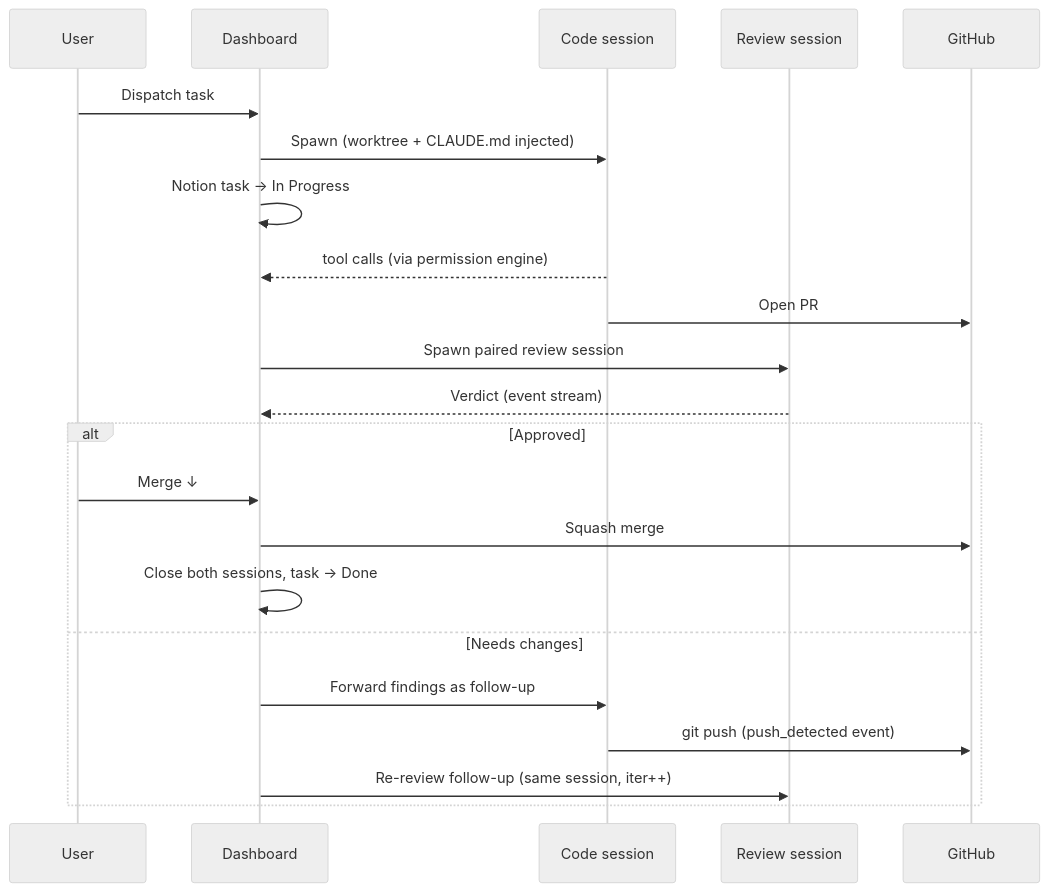
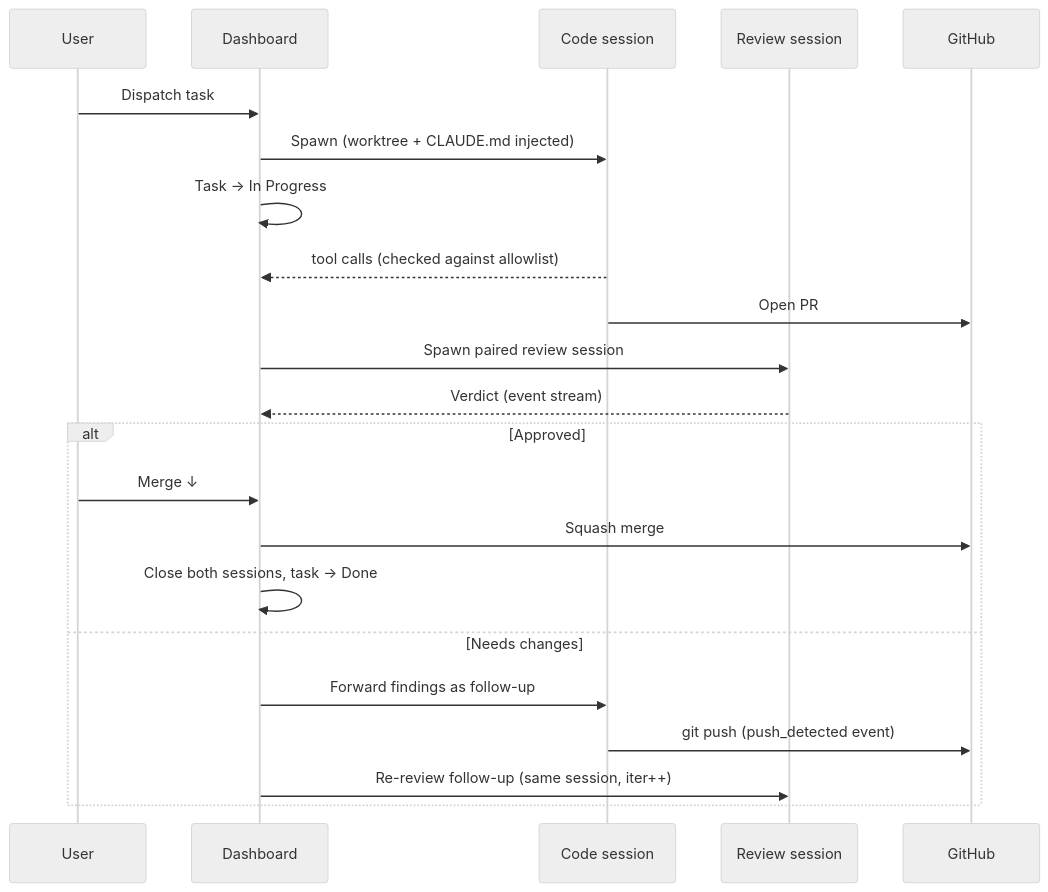
The diagram in README.md (phahadek/claude-orchestrator), drawn with Mermaid (neutral theme) before and after one commit. The commit also changed other lines of this file and 4 other files, not shown here.

````diff
--- a/README.md
+++ b/README.md
@@ -49,25 +50,25 @@
 ```mermaid
 sequenceDiagram
     participant U as User
     participant D as Dashboard
     participant C as Code session
     participant R as Review session
     participant G as GitHub
 
     U->>D: Dispatch task
     D->>C: Spawn (worktree + CLAUDE.md injected)
-    D->>D: Notion task → In Progress
-    C-->>D: tool calls (via permission engine)
+    D->>D: Task → In Progress
+    C-->>D: tool calls (checked against allowlist)
     C->>G: Open PR
     D->>R: Spawn paired review session
     R-->>D: Verdict (event stream)
     alt Approved
         U->>D: Merge ↓
         D->>G: Squash merge
         D->>D: Close both sessions, task → Done
     else Needs changes
         D->>C: Forward findings as follow-up
         C->>G: git push (push_detected event)
         D->>R: Re-review follow-up (same session, iter++)
     end
 ```
````
